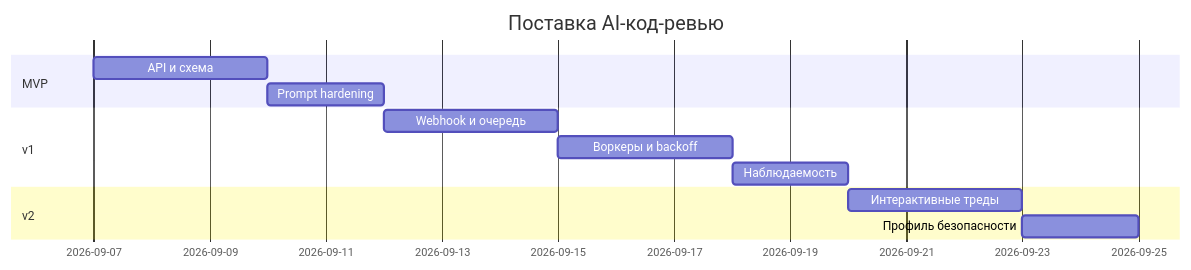
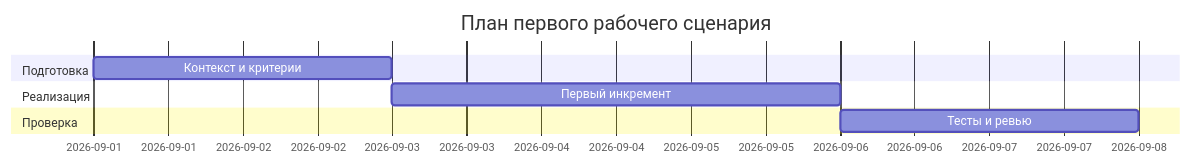
Before and after one commit to ai-course-avito/ITMOv2: the diagram in practices/practice_01/project_management.md, drawn with Mermaid. The commit also changed other lines of this file and 86 other files, not shown here.

````diff
--- a/practices/practice_01/project_management.md
+++ b/practices/practice_01/project_management.md
@@ -39,15 +15,11 @@
 ```mermaid
 gantt
-    title Поставка AI-код-ревью
+    title План первого рабочего сценария
     dateFormat  YYYY-MM-DD
-    section MVP
-    API и схема :m1, 2026-09-07, 3d
-    Prompt hardening :m2, after m1, 2d
-    section v1
-    Webhook и очередь :v1a, after m2, 3d
-    Воркеры и backoff :v1b, after v1a, 3d
-    Наблюдаемость :v1c, after v1b, 2d
-    section v2
-    Интерактивные треды :v2a, after v1c, 3d
-    Профиль безопасности :v2b, after v2a, 2d
+    section Подготовка
+    Контекст и критерии :a1, 2026-09-01, 2d
+    section Реализация
+    Первый инкремент :after a1, 3d
+    section Проверка
+    Тесты и ревью :2d
 ```
````
